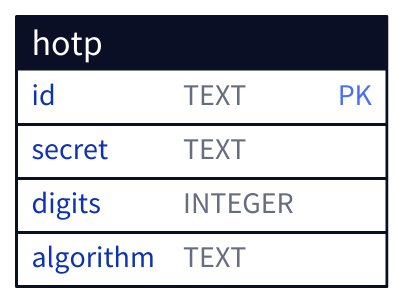
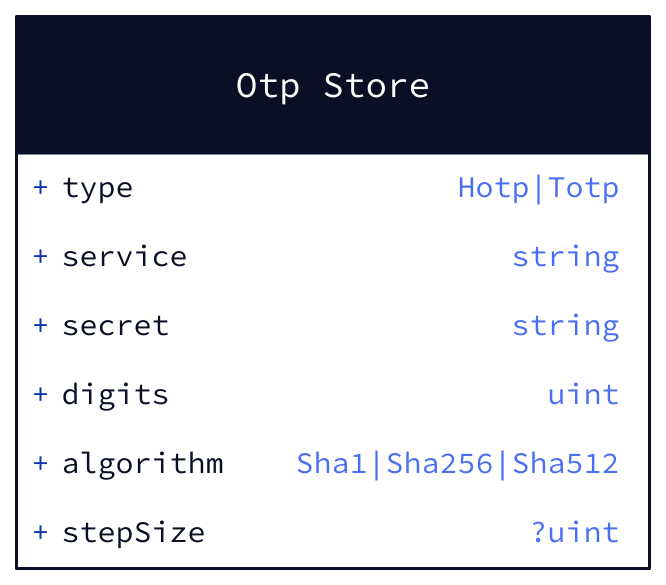
Before and after one commit to janvhs/otp: the diagram in docs/database.d2, drawn with D2. The commit also changed 1 other file, not shown here.

Commit message:
docs: Move from SQL to Json type structure for use with KV

```diff
--- a/docs/database.d2
+++ b/docs/database.d2
@@ -1,10 +1,12 @@
-hotp: {
-  shape: sql_table
+Otp Store: {
+  shape: class
 
-  id: TEXT {
-    constraint: primary_key
-  }
-  secret: TEXT
-  digits: INTEGER
-  algorithm: TEXT
+  type: Hotp|Totp
+  
+  service: string
+  secret: string
+  digits: uint
+  algorithm: Sha1|Sha256|Sha512
+
+  stepSize: ?uint
 }
```
